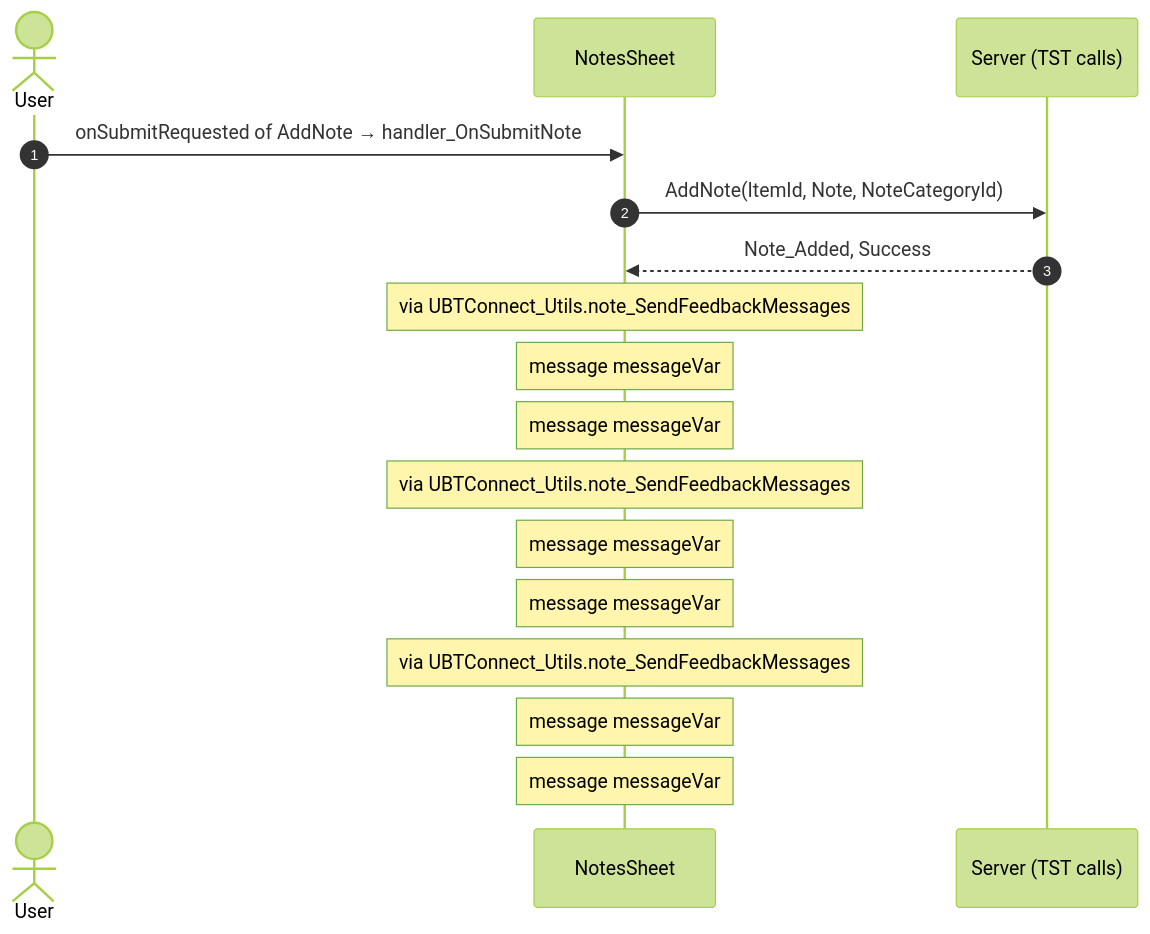
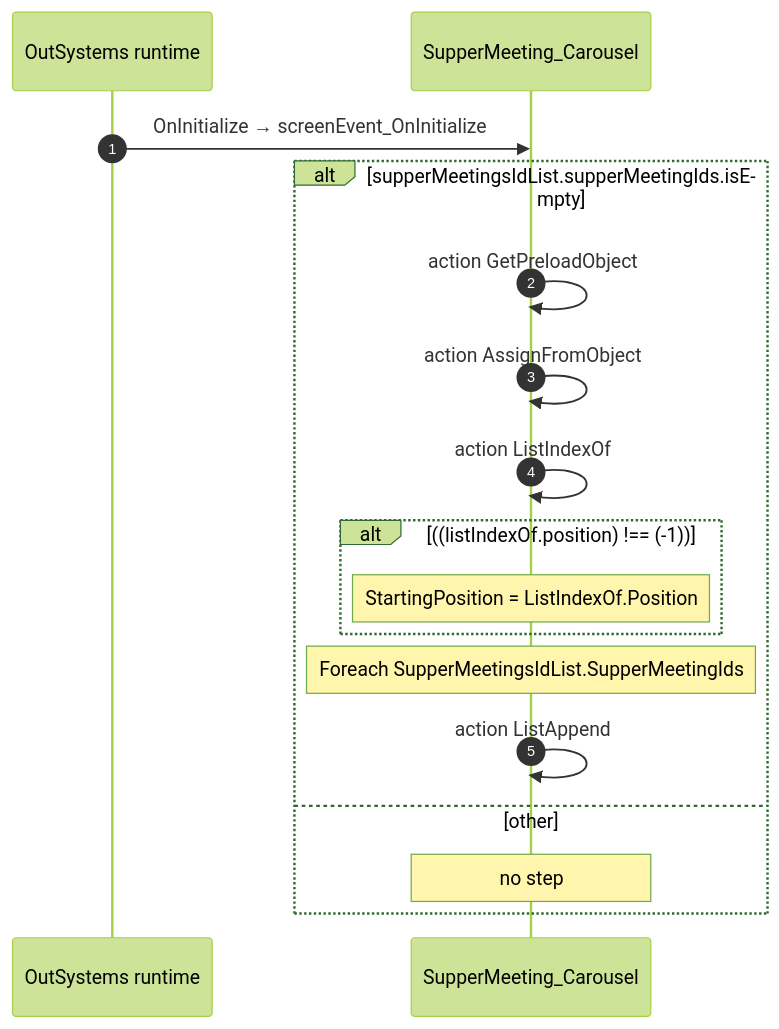
One commit to Phoenix-DX/connect-new-ui changed the second of 2 diagrams in route-actions/routes/SupperMeeting_Carousel.md. Above: the diagram before and after it, drawn with Mermaid (forest theme). The commit also changed other lines of this file and 52 other files, not shown here.

````diff
--- a/route-actions/routes/SupperMeeting_Carousel.md
+++ b/route-actions/routes/SupperMeeting_Carousel.md
@@ -319,19 +163,19 @@
 ```mermaid
 sequenceDiagram
   autonumber
-  actor U as User
-  participant B as NotesSheet
-  participant S as Server (TST calls)
-  U->>B: onSubmitRequested of AddNote → handler_OnSubmitNote
-  B->>S: AddNote(ItemId, Note, NoteCategoryId)
-  S-->>B: Note_Added, Success
-  Note over B: via UBTConnect_Utils.note_SendFeedbackMessages
-  Note over B: message messageVar
-  Note over B: message messageVar
-  Note over B: via UBTConnect_Utils.note_SendFeedbackMessages
-  Note over B: message messageVar
-  Note over B: message messageVar
-  Note over B: via UBTConnect_Utils.note_SendFeedbackMessages
-  Note over B: message messageVar
-  Note over B: message messageVar
+  participant R as OutSystems runtime
+  participant B as SupperMeeting_Carousel
+  R->>B: OnInitialize → screenEvent_OnInitialize
+  alt supperMeetingsIdList.supperMeetingIds.isEmpty
+    B->>B: action GetPreloadObject
+    B->>B: action AssignFromObject
+    B->>B: action ListIndexOf
+    alt ((listIndexOf.position) !== (-1))
+      Note over B: StartingPosition = ListIndexOf.Position
+    end
+    Note over B: Foreach SupperMeetingsIdList.SupperMeetingIds
+    B->>B: action ListAppend
+  else other
+    Note over B: no step
+  end
 ```
````
